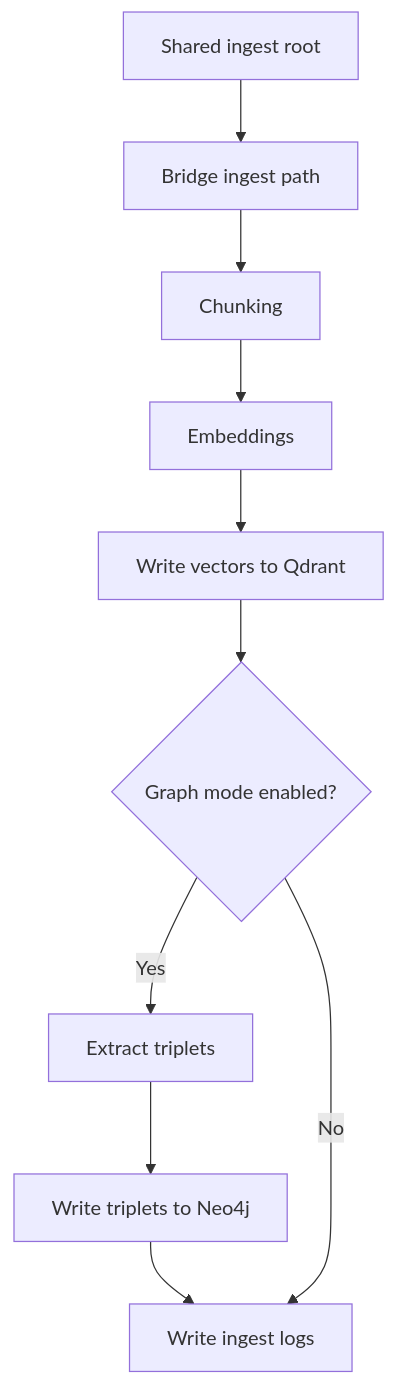
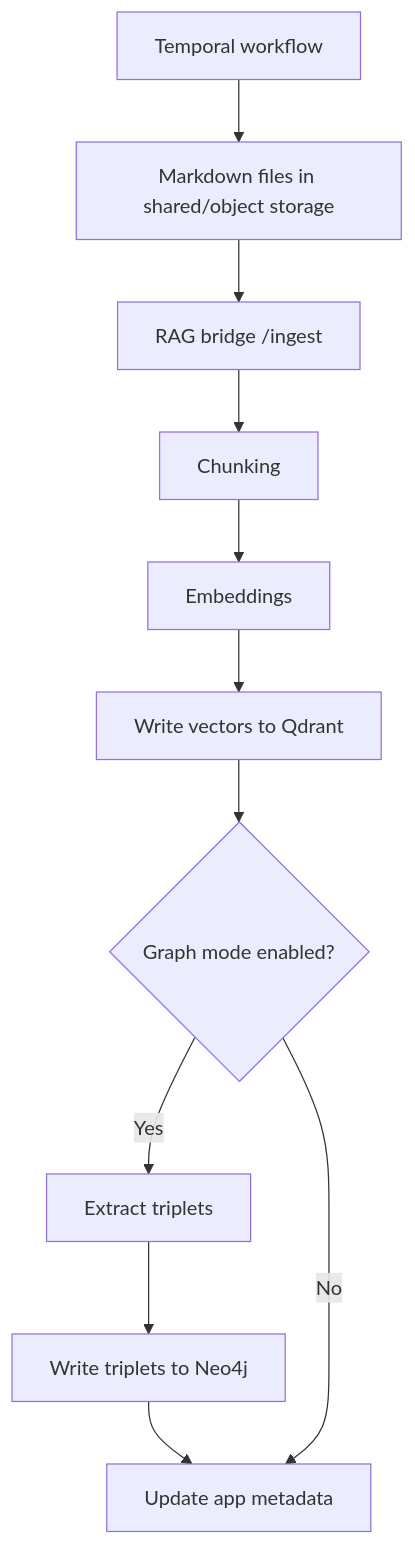
Before and after one commit to hawk-digital-environments/HAWKI-RAG: the diagram in _documentation/Operations/6_ingestion_embeddings.md, drawn with Mermaid. The commit also changed other lines of this file and 98 other files, not shown here.

````diff
--- a/_documentation/Operations/6_ingestion_embeddings.md
+++ b/_documentation/Operations/6_ingestion_embeddings.md
@@ -6,16 +6,17 @@
 ```mermaid
 flowchart TD
-    A["Shared ingest root"]
-    B["Bridge ingest path"]
-    C["Chunking"]
-    D["Embeddings"]
-    E["Write vectors to Qdrant"]
-    F{"Graph mode enabled?"}
-    G["Extract triplets"]
-    H["Write triplets to Neo4j"]
-    I["Write ingest logs"]
+    A["Temporal workflow"]
+    B["Markdown files in shared/object storage"]
+    C["RAG bridge /ingest"]
+    D["Chunking"]
+    E["Embeddings"]
+    F["Write vectors to Qdrant"]
+    G{"Graph mode enabled?"}
+    H["Extract triplets"]
+    I["Write triplets to Neo4j"]
+    J["Update app metadata"]
 
-    A --> B --> C --> D --> E --> F
-    F -- Yes --> G --> H --> I
-    F -- No --> I
+    A --> B --> C --> D --> E --> F --> G
+    G -- Yes --> H --> I --> J
+    G -- No --> J
 ```
````
